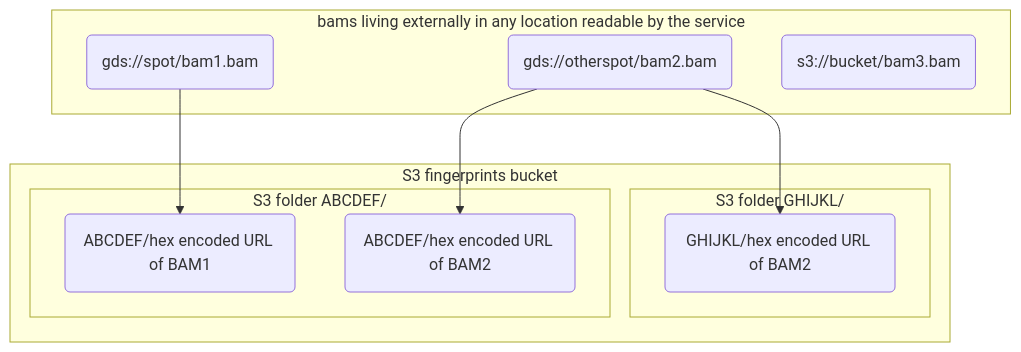
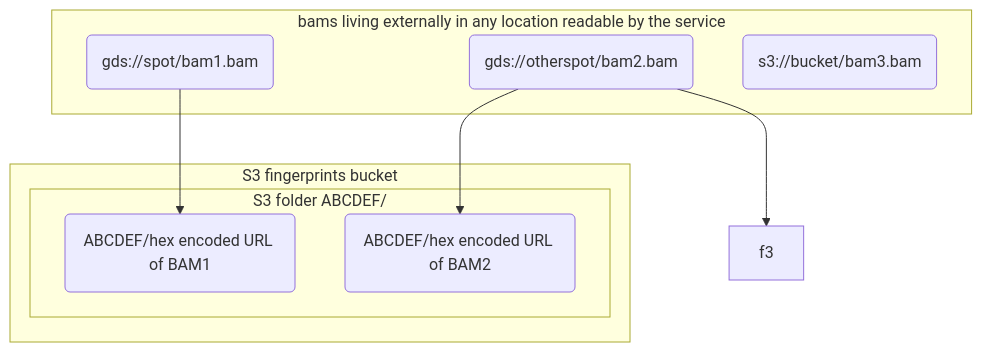
Before and after one commit to umccr/holmes: the diagram in README.md, drawn with Mermaid. The commit also changed other lines of this file and 22 other files, not shown here.

````diff
--- a/README.md
+++ b/README.md
@@ -199,20 +132,17 @@
 ```mermaid
   graph TD;
       subgraph bams living externally in any location readable by the service
           bam1("gds://spot/bam1.bam")
           bam2("gds://otherspot/bam2.bam")
           bam3("s3://bucket/bam3.bam")
       end
       subgraph S3 fingerprints bucket
         subgraph S3 folder ABCDEF/
           f1("ABCDEF/hex encoded URL of BAM1")
           f2("ABCDEF/hex encoded URL of BAM2")
         end
-        subgraph S3 folder GHIJKL/
-          f3("GHIJKL/hex encoded URL of BAM2")
-        end
       end
       bam1-->f1
       bam2-->f2
       bam2-->f3
 ```
````
